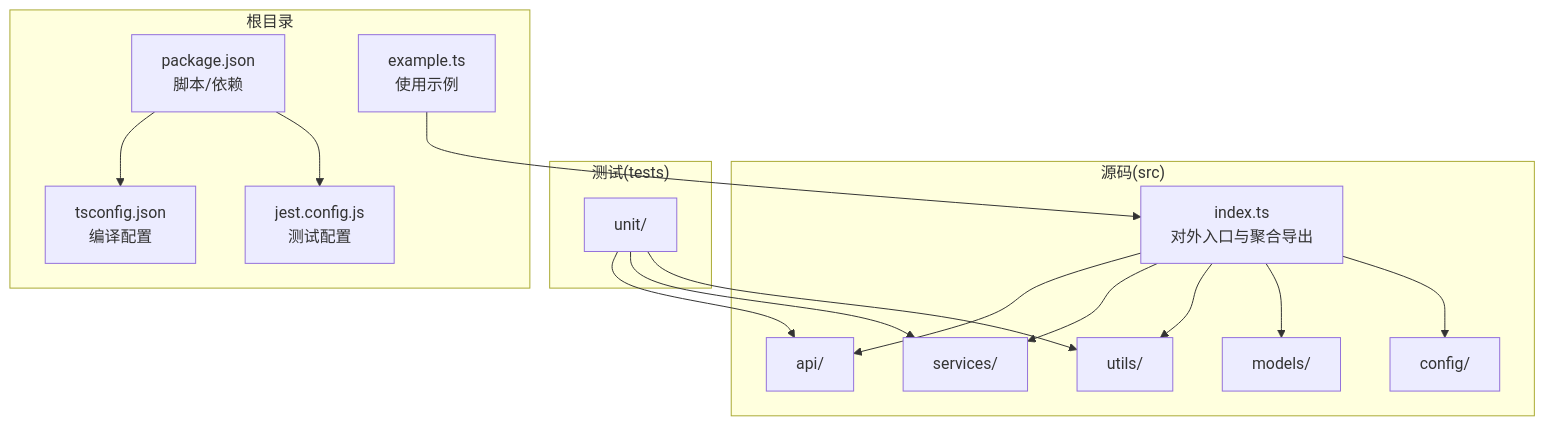
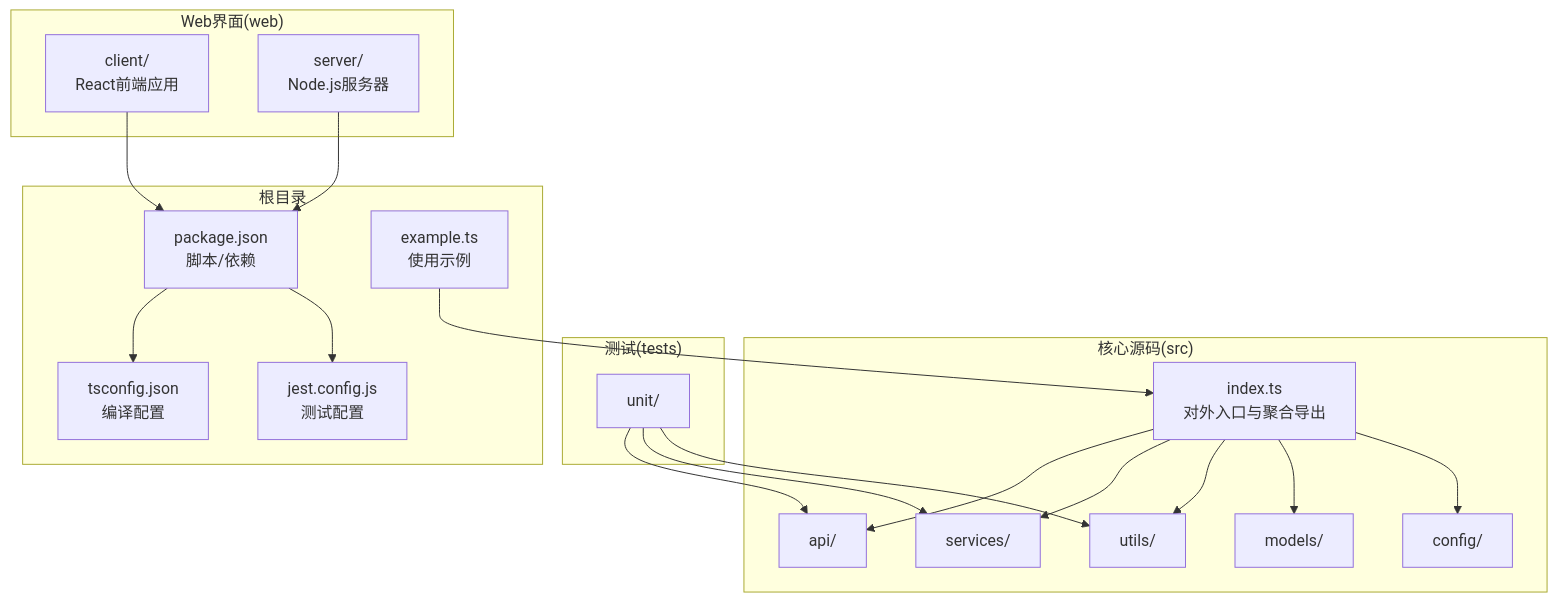
Before and after one commit to songdiyang/clawOperations: the first of 5 diagrams in .qoder/repowiki/zh/content/开发指南.md, drawn with Mermaid. The commit also changed other lines of this file and 69 other files, not shown here.

````diff
--- a/.qoder/repowiki/zh/content/开发指南.md
+++ b/.qoder/repowiki/zh/content/开发指南.md
@@ -46,31 +62,37 @@
 ```mermaid
 graph TB
-subgraph "源码(src)"
+subgraph "核心源码(src)"
 A["index.ts<br/>对外入口与聚合导出"]
 B["api/"]
 C["services/"]
 D["utils/"]
 E["models/"]
 F["config/"]
+end
+subgraph "Web界面(web)"
+G["client/<br/>React前端应用"]
+H["server/<br/>Node.js服务器"]
 end
 subgraph "测试(tests)"
 T1["unit/"]
 end
 subgraph "根目录"
 P["package.json<br/>脚本/依赖"]
 TS["tsconfig.json<br/>编译配置"]
 J["jest.config.js<br/>测试配置"]
 EX["example.ts<br/>使用示例"]
 end
 A --> B
 A --> C
 A --> D
 A --> E
 A --> F
+G --> P
+H --> P
 T1 --> B
 T1 --> C
 T1 --> D
 P --> TS
 P --> J
 EX --> A
 ```
````
